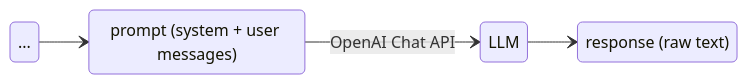
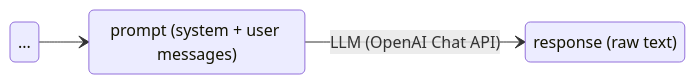
Before and after one commit to microsoft/genaiscript: the diagram in slides/pages/llm-invocation.md, drawn with Mermaid. The commit also changed other lines of this file and 5 other files, not shown here.

````diff
--- a/slides/pages/llm-invocation.md
+++ b/slides/pages/llm-invocation.md
@@ -10,10 +10,9 @@
 ```mermaid
 stateDiagram
   direction LR
     prompt : prompt (system + user messages)
     response: response (raw text)
     pre: ...
     pre --> prompt
-    prompt --> LLM : OpenAI Chat API
-    LLM --> response
+    prompt --> response : LLM (OpenAI Chat API)
 ```
````
